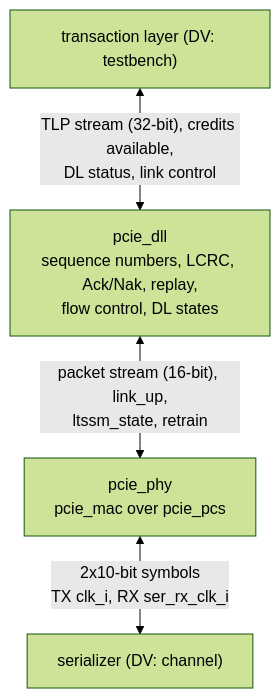
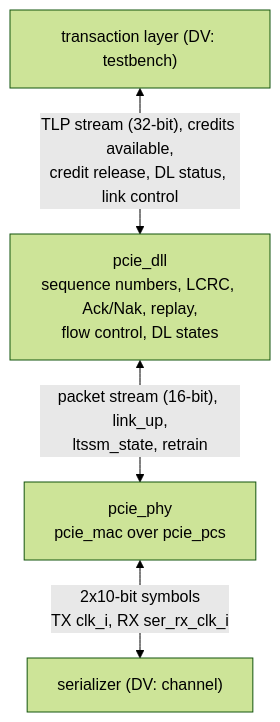
The diagram in wiki/src/arch/link/HAS.md (amichai-bd/pcie-factory), drawn with Mermaid (forest theme) before and after one commit. The commit also changed other lines of this file and 29 other files, not shown here.

First line of the commit message:
rtl: dll and link credit release for the transaction layer

````diff
--- a/wiki/src/arch/link/HAS.md
+++ b/wiki/src/arch/link/HAS.md
@@ -24,6 +25,6 @@
 ```mermaid
 flowchart TB
-  tl["transaction layer (DV: testbench)"] <-- "TLP stream (32-bit), credits available,<br/>DL status, link control" --> dll
+  tl["transaction layer (DV: testbench)"] <-- "TLP stream (32-bit), credits available,<br/>credit release, DL status, link control" --> dll
   dll["pcie_dll<br/>sequence numbers, LCRC, Ack/Nak, replay,<br/>flow control, DL states"] <-- "packet stream (16-bit), link_up,<br/>ltssm_state, retrain" --> phy
   phy["pcie_phy<br/>pcie_mac over pcie_pcs"] <-- "2x10-bit symbols<br/>TX clk_i, RX ser_rx_clk_i" --> ch["serializer (DV: channel)"]
 ```
````
